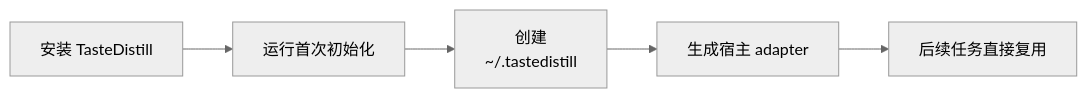
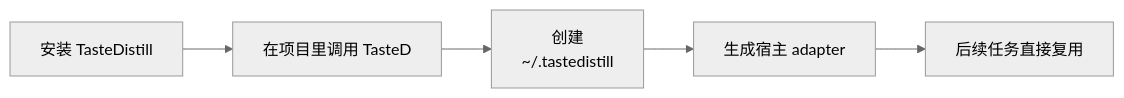
The second of 3 diagrams in README.zh-CN.md (sssstwee/tastedistill), drawn with Mermaid (neutral theme) before and after one commit. The commit also changed other lines of this file and 1 other file, not shown here.

Commit message:
Refine TasteD first-use examples

````diff
--- a/README.zh-CN.md
+++ b/README.zh-CN.md
@@ -77,7 +77,7 @@
 ```mermaid
 flowchart LR
-    A["安装 TasteDistill"] --> B["运行首次初始化"]
+    A["安装 TasteDistill"] --> B["在项目里调用 TasteD"]
     B --> C["创建<br/>~/.tastedistill"]
     C --> D["生成宿主 adapter"]
     D --> E["后续任务直接复用"]
 ```
````
